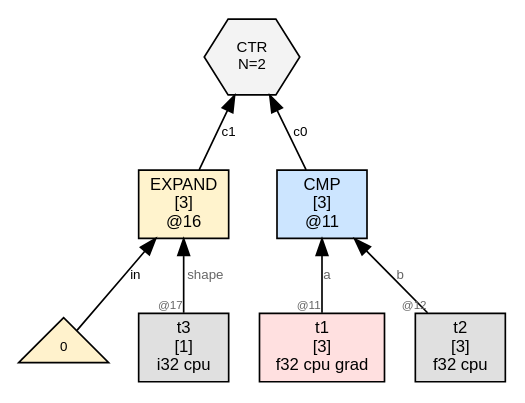
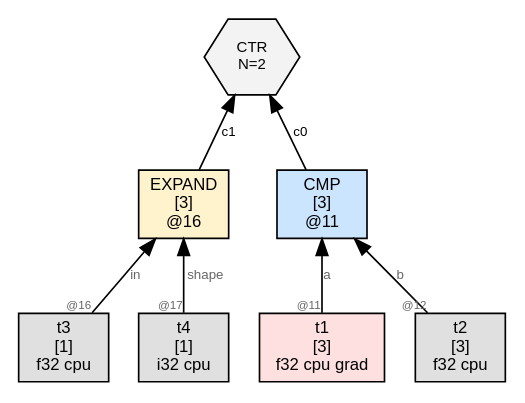
The diagram in wl/examples/thvm_graphs/grad_rules/cmp/thvm_2_post_sweep.dot (sw1sh/TinyHVM), drawn with Graphviz before and after one commit. The commit also changed 8 other files, not shown here.

```diff
--- a/wl/examples/thvm_graphs/grad_rules/cmp/thvm_2_post_sweep.dot
+++ b/wl/examples/thvm_graphs/grad_rules/cmp/thvm_2_post_sweep.dot
@@ -1,19 +1,19 @@
 digraph G {
   rankdir=BT;
   node [fontname="Helvetica", fontsize=10, style=filled, shape=box, margin="0.1,0.05"];
   edge [fontsize=8, fontname="Helvetica"];
 
   n11 [label="CMP\n[3]\n@11", shape=box, fillcolor="#cce5ff"];
   t1 [label="t1\n[3]\nf32 cpu grad",shape=box,fillcolor="#ffe0e0"];
   t1 -> n11 [label="a",taillabel="@11",labelfontsize=7,fontcolor="#666666"];
   t2 [label="t2\n[3]\nf32 cpu",shape=box,fillcolor="#e0e0e0"];
   t2 -> n11 [label="b",taillabel="@12",labelfontsize=7,fontcolor="#666666"];
   n16 [label="EXPAND\n[3]\n@16", shape=box, fillcolor="#fff3cd"];
-  num16_0 [label="0",shape=triangle,fillcolor="#fff2cc",fontsize=8];
-  num16_0 -> n16 [label="in"];
-  t3 [label="t3\n[1]\ni32 cpu",shape=box,fillcolor="#e0e0e0"];
-  t3 -> n16 [label="shape",taillabel="@17",labelfontsize=7,fontcolor="#666666"];
+  t3 [label="t3\n[1]\nf32 cpu",shape=box,fillcolor="#e0e0e0"];
+  t3 -> n16 [label="in",taillabel="@16",labelfontsize=7,fontcolor="#666666"];
+  t4 [label="t4\n[1]\ni32 cpu",shape=box,fillcolor="#e0e0e0"];
+  t4 -> n16 [label="shape",taillabel="@17",labelfontsize=7,fontcolor="#666666"];
   ctr8 [label="CTR\nN=2", shape=hexagon, fillcolor="#f3f3f3", fontsize=9];
   n11 -> ctr8 [label="c0"];
   n16 -> ctr8 [label="c1"];
 }
```
